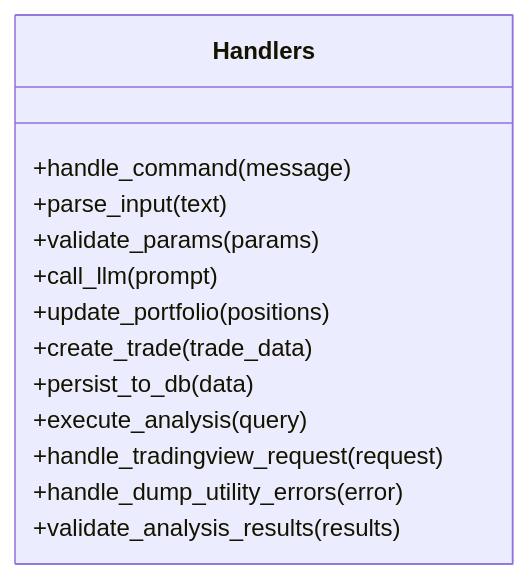
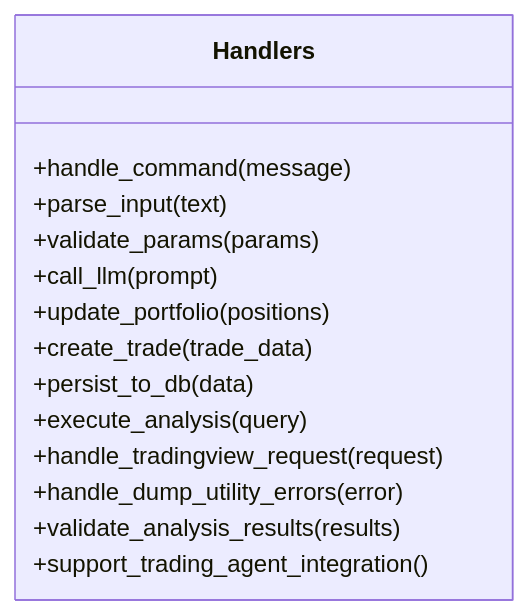
The fourth of 12 diagrams in .qoder/repowiki/en/content/Core Components/Analysis Framework.md (ZengSeng/telegram-bot), drawn with Mermaid before and after one commit. The commit also changed other lines of this file and 7 other files, not shown here.

````diff
--- a/.qoder/repowiki/en/content/Core Components/Analysis Framework.md
+++ b/.qoder/repowiki/en/content/Core Components/Analysis Framework.md
@@ -284,16 +264,17 @@
 ```mermaid
 classDiagram
 class Handlers {
 +handle_command(message)
 +parse_input(text)
 +validate_params(params)
 +call_llm(prompt)
 +update_portfolio(positions)
 +create_trade(trade_data)
 +persist_to_db(data)
 +execute_analysis(query)
 +handle_tradingview_request(request)
 +handle_dump_utility_errors(error)
 +validate_analysis_results(results)
++support_trading_agent_integration()
 }
 ```
````
